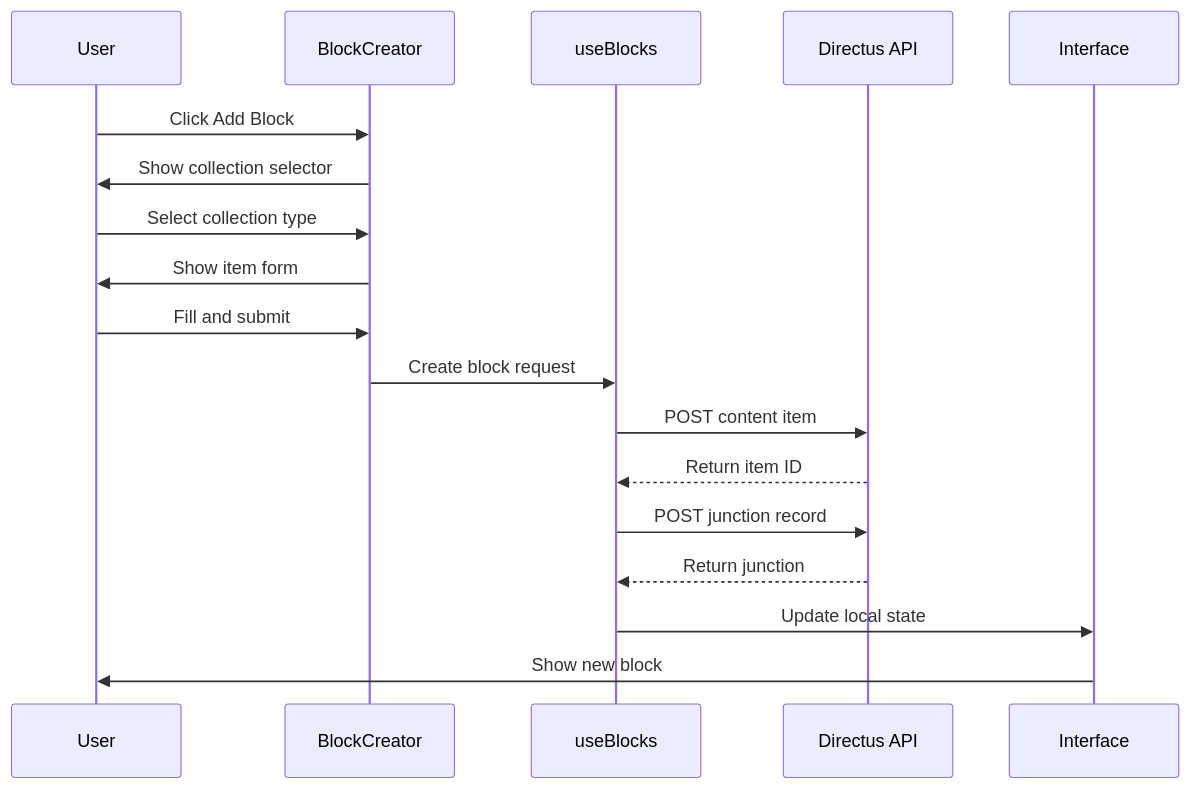
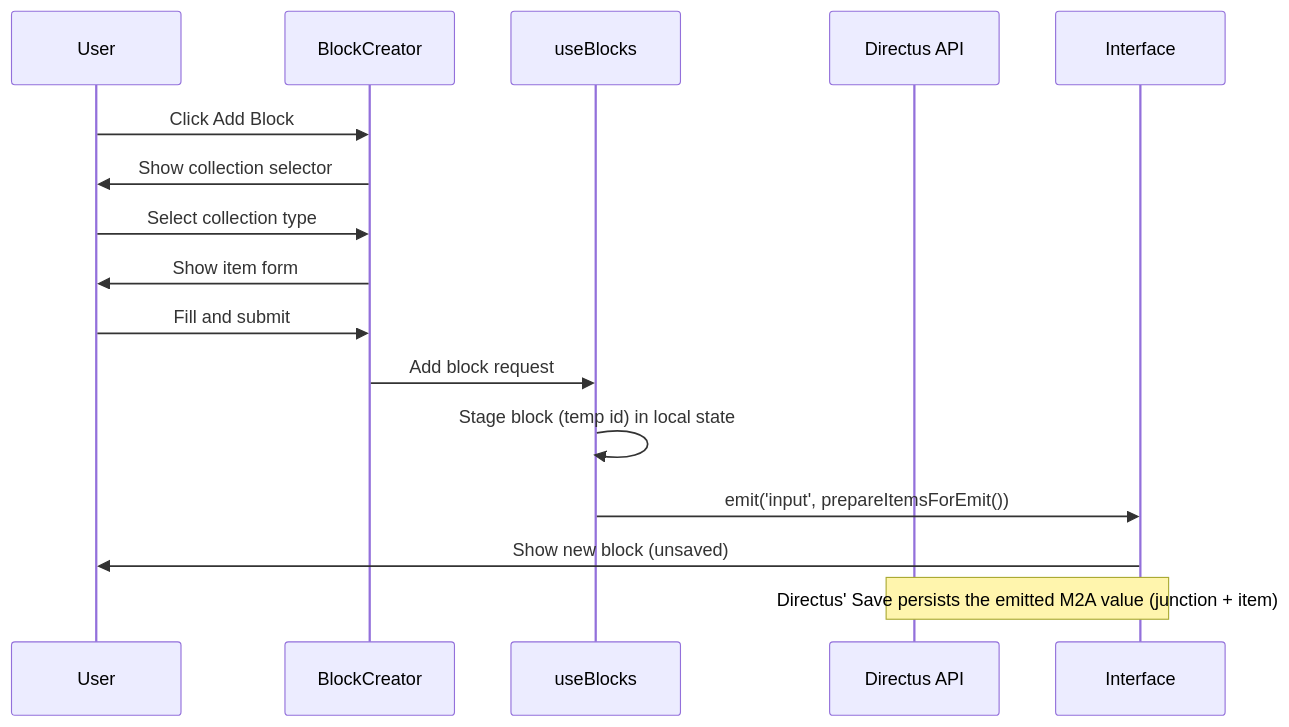
The fourth of 6 diagrams in ARCHITECTURE.md (smartlabsAT/directus-layout-blocks), drawn with Mermaid before and after one commit. The commit also changed other lines of this file and 2 other files, not shown here.

First line of the commit message:
docs: fix strict-audit findings in CHANGELOG, ARCHITECTURE, CONTRIBUTING

````diff
--- a/ARCHITECTURE.md
+++ b/ARCHITECTURE.md
@@ -277,21 +277,19 @@
 ```mermaid
 sequenceDiagram
     participant U as User
     participant BC as BlockCreator
     participant B as useBlocks
     participant API as Directus API
     participant I as Interface
     
     U->>BC: Click Add Block
     BC->>U: Show collection selector
     U->>BC: Select collection type
     BC->>U: Show item form
     U->>BC: Fill and submit
-    BC->>B: Create block request
-    B->>API: POST content item
-    API-->>B: Return item ID
-    B->>API: POST junction record
-    API-->>B: Return junction
-    B->>I: Update local state
-    I->>U: Show new block
+    BC->>B: Add block request
+    B->>B: Stage block (temp id) in local state
+    B->>I: emit('input', prepareItemsForEmit())
+    I->>U: Show new block (unsaved)
+    Note over I,API: Directus' Save persists the emitted M2A value (junction + item)
 ```
````
